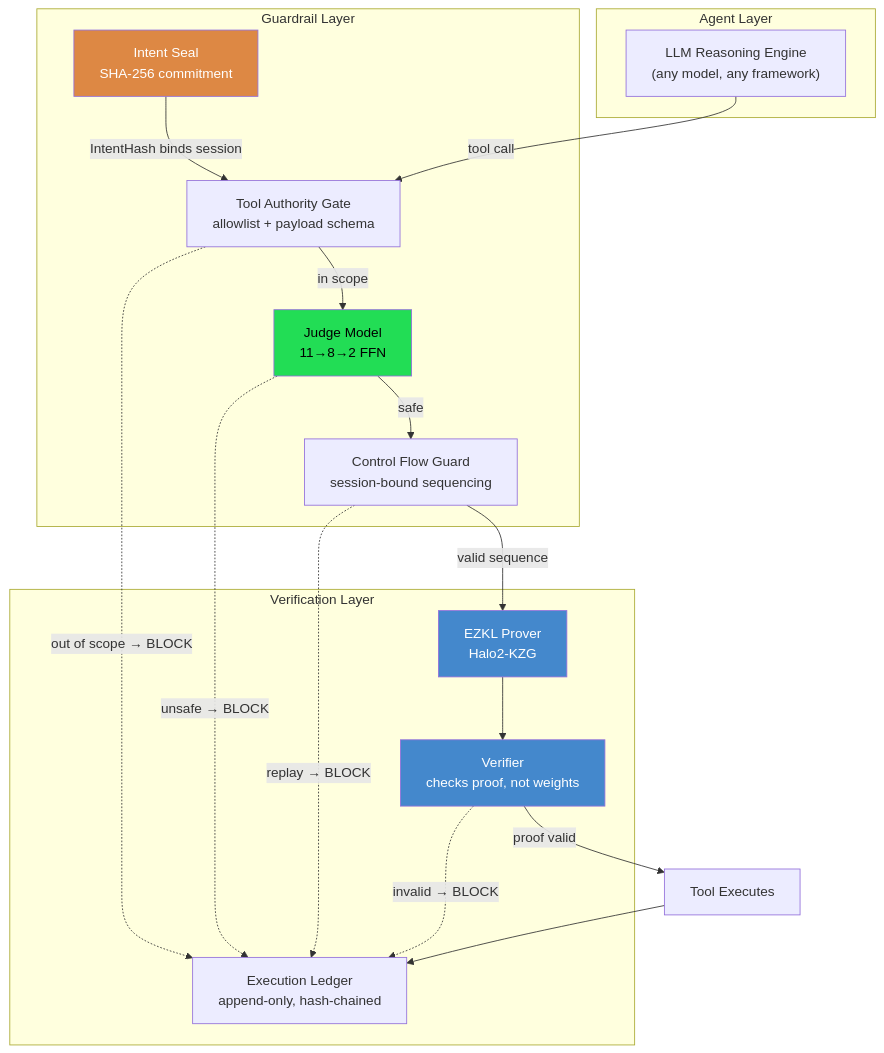
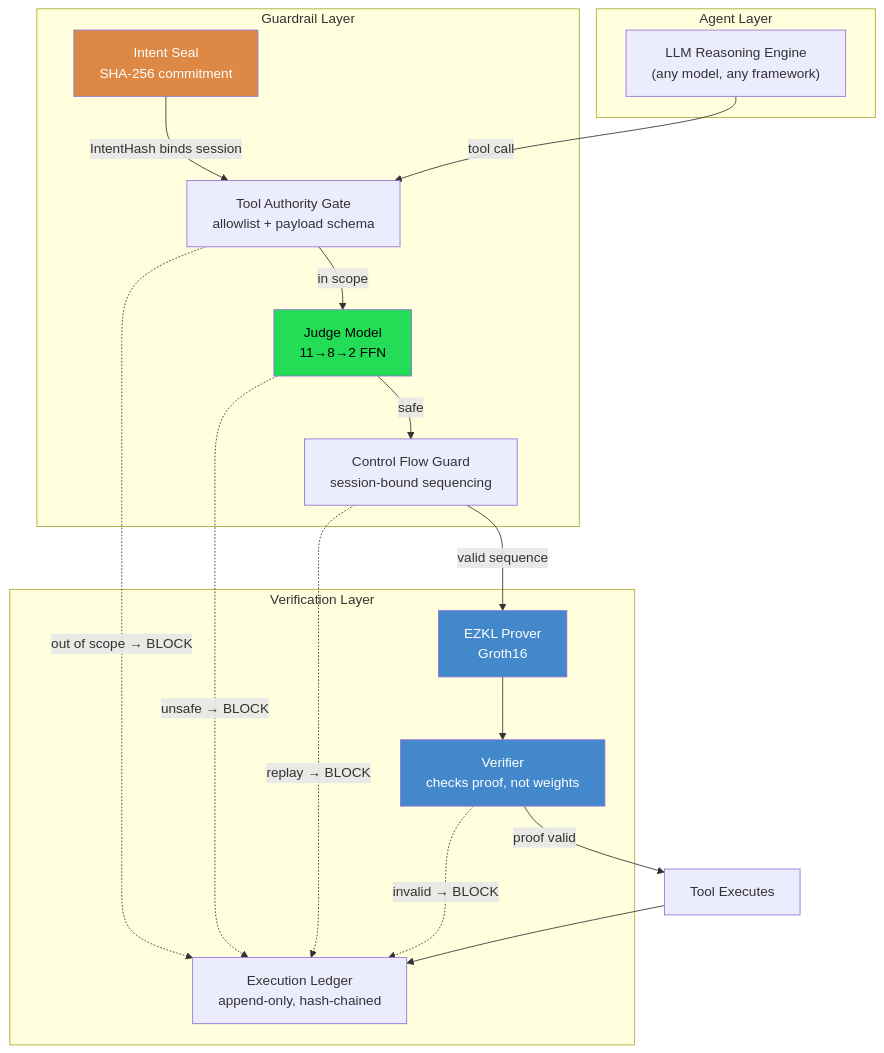
One commit to Addyk-24/Niyam-AI changed the first of 2 diagrams in README.md. Above: the diagram before and after it, drawn with Mermaid.

````diff
--- a/README.md
+++ b/README.md
@@ -19,37 +19,37 @@
 ```mermaid
 flowchart TB
     subgraph Agent["Agent Layer"]
         LLM["LLM Reasoning Engine<br/>(any model, any framework)"]
     end
 
     subgraph Guardrail["Guardrail Layer"]
         Seal["Intent Seal<br/>SHA-256 commitment"]
         Gate["Tool Authority Gate<br/>allowlist + payload schema"]
         Judge["Judge Model<br/>11→8→2 FFN"]
         Flow["Control Flow Guard<br/>session-bound sequencing"]
     end
 
     subgraph Verification["Verification Layer"]
-        Prove["EZKL Prover<br/>Halo2-KZG"]
+        Prove["EZKL Prover<br/>Groth16"]
         Verify["Verifier<br/>checks proof, not weights"]
         Ledger["Execution Ledger<br/>append-only, hash-chained"]
     end
 
     Seal -->|"IntentHash binds session"| Gate
     LLM -->|"tool call"| Gate
     Gate -->|"in scope"| Judge
     Gate -.->|"out of scope → BLOCK"| Ledger
     Judge -->|"safe"| Flow
     Judge -.->|"unsafe → BLOCK"| Ledger
     Flow -->|"valid sequence"| Prove
     Flow -.->|"replay → BLOCK"| Ledger
     Prove --> Verify
     Verify -->|"proof valid"| Execute["Tool Executes"]
     Verify -.->|"invalid → BLOCK"| Ledger
     Execute --> Ledger
 
     style Judge fill:#2d5,color:#000
     style Prove fill:#48c,color:#fff
     style Verify fill:#48c,color:#fff
     style Seal fill:#d84,color:#fff
 ```
````
